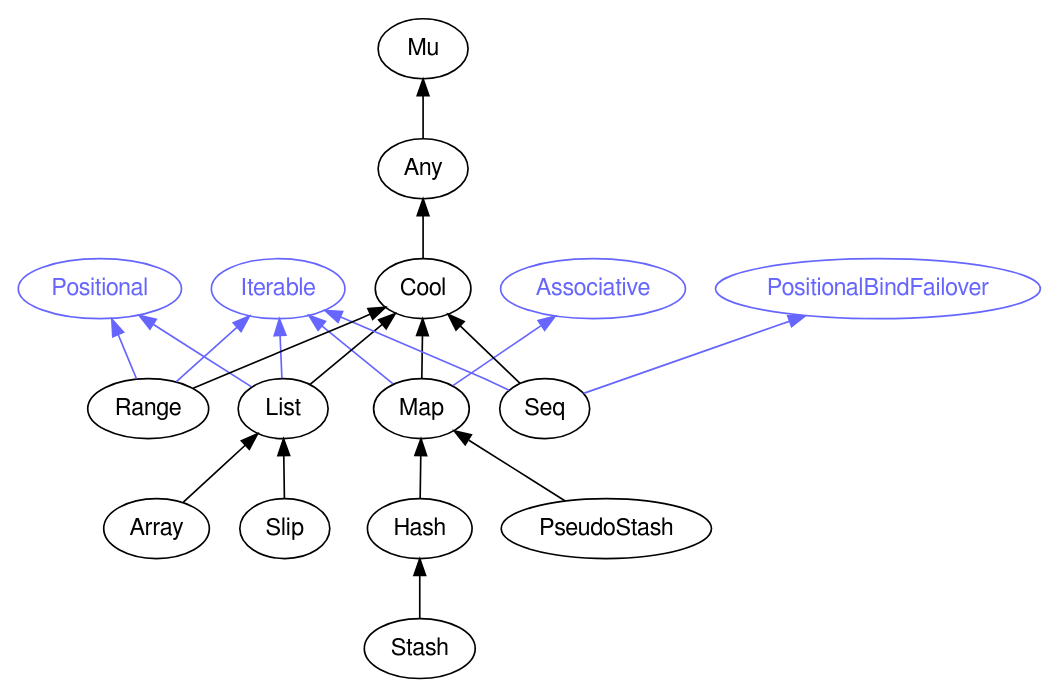
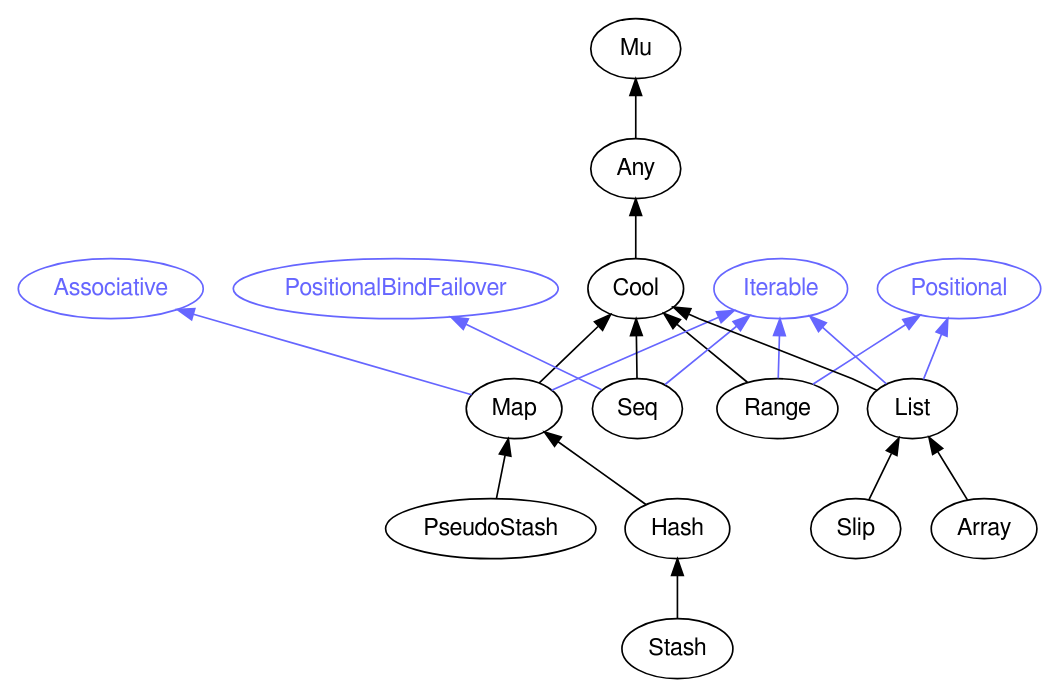
The diagram in images/type-graph-Iterable.svg.dot (perl6docs/perl6docs.github.io), drawn with Graphviz before and after one commit. The commit also changed other lines of this file and 4398 other files, not shown here.

```diff
--- a/images/type-graph-Iterable.svg.dot
+++ b/images/type-graph-Iterable.svg.dot
@@ -1,45 +1,45 @@
 digraph "perl6-type-graph" {
     rankdir=BT;
     splines=polyline;
     overlap=false; 
     // Types
     "Iterable" [color="#6666FF", fontcolor="#6666FF", href="/type/Iterable", fontname="FreeSans"];
     "Mu" [color="#000000", fontcolor="#000000", href="/type/Mu", fontname="FreeSans"];
     "Any" [color="#000000", fontcolor="#000000", href="/type/Any", fontname="FreeSans"];
     "Cool" [color="#000000", fontcolor="#000000", href="/type/Cool", fontname="FreeSans"];
+    "Positional" [color="#6666FF", fontcolor="#6666FF", href="/type/Positional", fontname="FreeSans"];
+    "Range" [color="#000000", fontcolor="#000000", href="/type/Range", fontname="FreeSans"];
     "Associative" [color="#6666FF", fontcolor="#6666FF", href="/type/Associative", fontname="FreeSans"];
     "Map" [color="#000000", fontcolor="#000000", href="/type/Map", fontname="FreeSans"];
-    "Positional" [color="#6666FF", fontcolor="#6666FF", href="/type/Positional", fontname="FreeSans"];
-    "List" [color="#000000", fontcolor="#000000", href="/type/List", fontname="FreeSans"];
     "PositionalBindFailover" [color="#6666FF", fontcolor="#6666FF", href="/type/PositionalBindFailover", fontname="FreeSans"];
     "Seq" [color="#000000", fontcolor="#000000", href="/type/Seq", fontname="FreeSans"];
-    "Range" [color="#000000", fontcolor="#000000", href="/type/Range", fontname="FreeSans"];
+    "List" [color="#000000", fontcolor="#000000", href="/type/List", fontname="FreeSans"];
+    "PseudoStash" [color="#000000", fontcolor="#000000", href="/type/PseudoStash", fontname="FreeSans"];
     "Hash" [color="#000000", fontcolor="#000000", href="/type/Hash", fontname="FreeSans"];
-    "PseudoStash" [color="#000000", fontcolor="#000000", href="/type/PseudoStash", fontname="FreeSans"];
+    "Slip" [color="#000000", fontcolor="#000000", href="/type/Slip", fontname="FreeSans"];
     "Array" [color="#000000", fontcolor="#000000", href="/type/Array", fontname="FreeSans"];
-    "Slip" [color="#000000", fontcolor="#000000", href="/type/Slip", fontname="FreeSans"];
     "Stash" [color="#000000", fontcolor="#000000", href="/type/Stash", fontname="FreeSans"];
 
     // Superclasses
     "Any" -> "Mu" [color="#000000"];
     "Cool" -> "Any" [color="#000000"];
+    "Range" -> "Cool" [color="#000000"];
     "Map" -> "Cool" [color="#000000"];
+    "Seq" -> "Cool" [color="#000000"];
     "List" -> "Cool" [color="#000000"];
-    "Seq" -> "Cool" [color="#000000"];
-    "Range" -> "Cool" [color="#000000"];
+    "PseudoStash" -> "Map" [color="#000000"];
     "Hash" -> "Map" [color="#000000"];
-    "PseudoStash" -> "Map" [color="#000000"];
+    "Slip" -> "List" [color="#000000"];
     "Array" -> "List" [color="#000000"];
-    "Slip" -> "List" [color="#000000"];
     "Stash" -> "Hash" [color="#000000"];
 
     // Roles
+    "Range" -> "Positional" [color="#6666FF"];
+    "Range" -> "Iterable" [color="#6666FF"];
     "Map" -> "Iterable" [color="#6666FF"];
     "Map" -> "Associative" [color="#6666FF"];
+    "Seq" -> "Iterable" [color="#6666FF"];
+    "Seq" -> "PositionalBindFailover" [color="#6666FF"];
     "List" -> "Positional" [color="#6666FF"];
     "List" -> "Iterable" [color="#6666FF"];
-    "Seq" -> "Iterable" [color="#6666FF"];
-    "Seq" -> "PositionalBindFailover" [color="#6666FF"];
-    "Range" -> "Positional" [color="#6666FF"];
-    "Range" -> "Iterable" [color="#6666FF"];
 }
```
